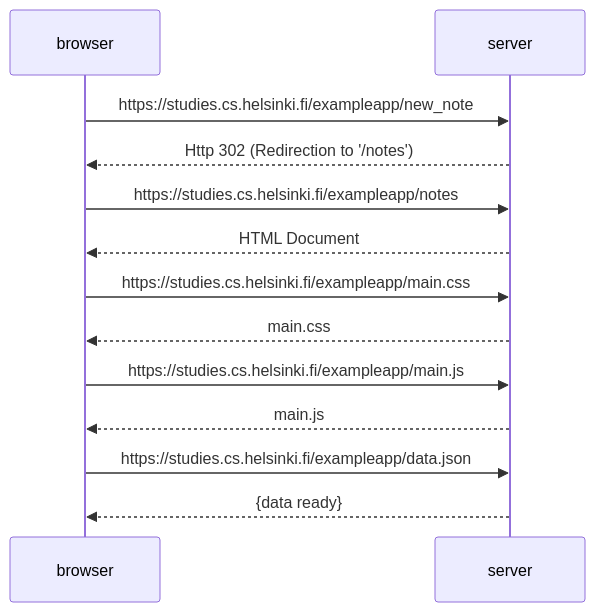
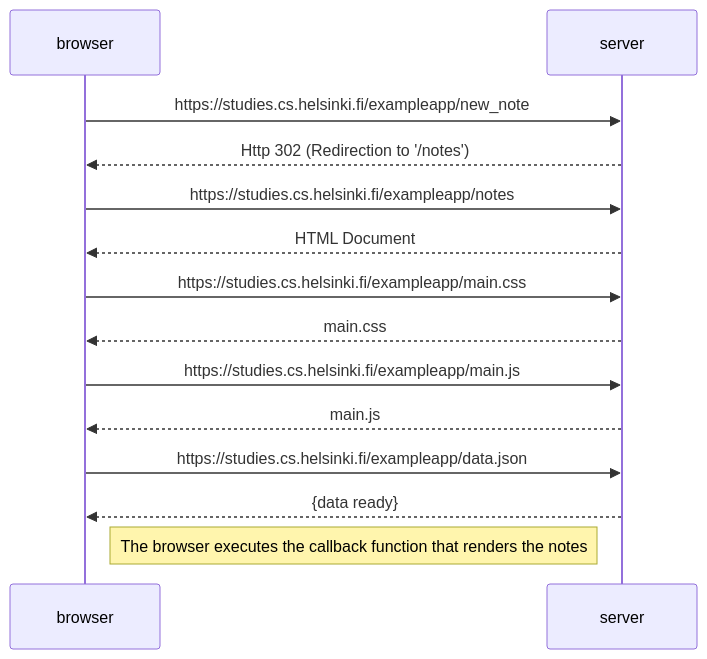
The diagram in 04.md (ArielCS0625/Ejercicios-0.4-0.6-), drawn with Mermaid before and after one commit.

````diff
--- a/04.md
+++ b/04.md
@@ -1,20 +1,22 @@
   ```mermaid
   sequenceDiagram
       participant browser
       participant server
       browser->>server: https://studies.cs.helsinki.fi/exampleapp/new_note
       server-->>browser: Http 302 (Redirection to '/notes')
 
       browser->>server: https://studies.cs.helsinki.fi/exampleapp/notes
       server-->>browser: HTML Document
 
       browser->>server: https://studies.cs.helsinki.fi/exampleapp/main.css
       server-->>browser: main.css
 
       browser->>server: https://studies.cs.helsinki.fi/exampleapp/main.js
       server-->>browser: main.js
 
 
       browser->>server: https://studies.cs.helsinki.fi/exampleapp/data.json
       server-->>browser: {data ready}
+
+ Note right of browser: The browser executes the callback function that renders the notes
   ```
````
